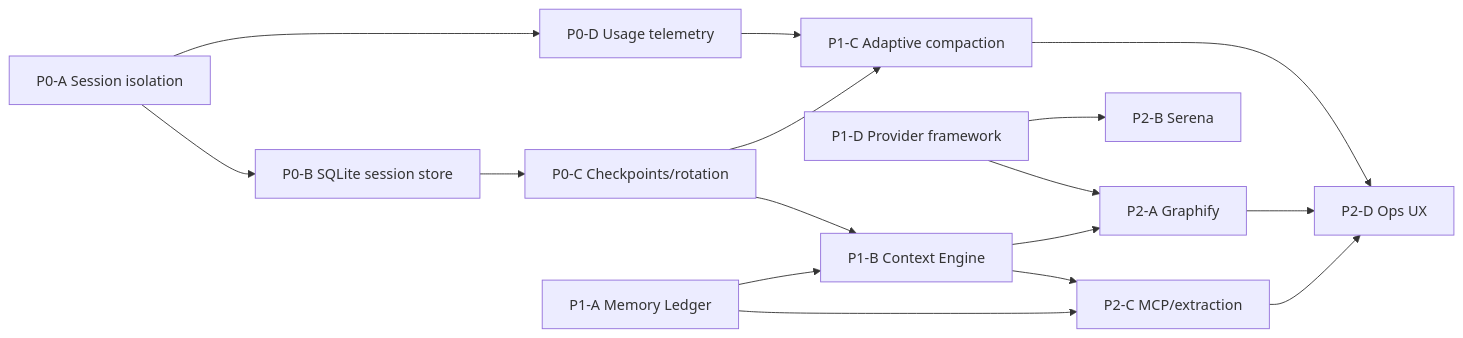
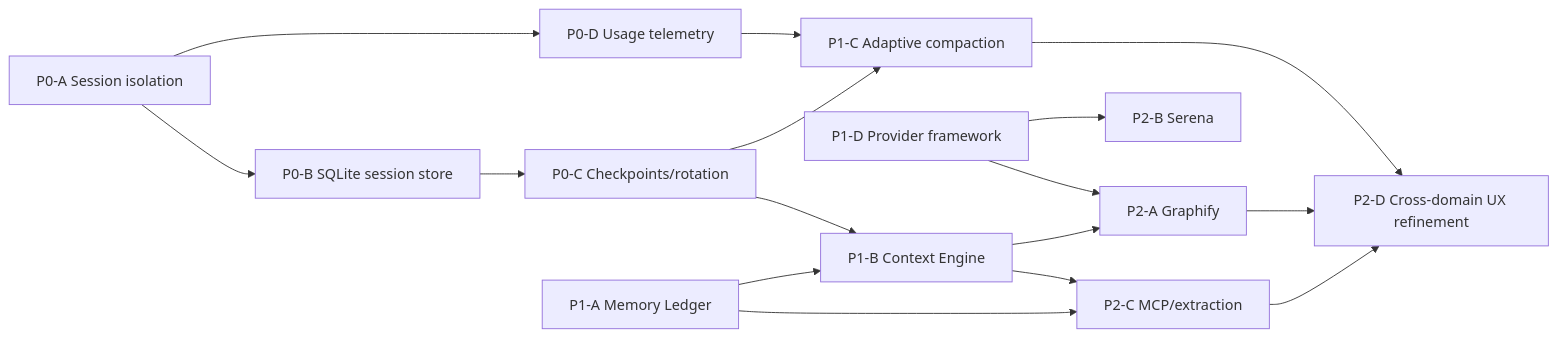
Before and after one commit to mod-one/macc: the fifth of 5 diagrams in docs/prd/10_MACC_O2_SQLite_Shared_Memory_Spec_Updated.md, drawn with Mermaid. The commit also changed other lines of this file, not shown here.

````diff
--- a/docs/prd/10_MACC_O2_SQLite_Shared_Memory_Spec_Updated.md
+++ b/docs/prd/10_MACC_O2_SQLite_Shared_Memory_Spec_Updated.md
@@ -1669,18 +1743,18 @@
 ```mermaid
 flowchart LR
   A[P0-A Session isolation] --> B[P0-B SQLite session store]
   B --> C[P0-C Checkpoints/rotation]
   A --> D[P0-D Usage telemetry]
   C --> E[P1-B Context Engine]
   F[P1-A Memory Ledger] --> E
   D --> G[P1-C Adaptive compaction]
   C --> G
   H[P1-D Provider framework] --> I[P2-A Graphify]
   H --> J[P2-B Serena]
   E --> I
   E --> K[P2-C MCP/extraction]
   F --> K
-  G --> L[P2-D Ops UX]
+  G --> L[P2-D Cross-domain UX refinement]
   I --> L
   K --> L
 ```
````
